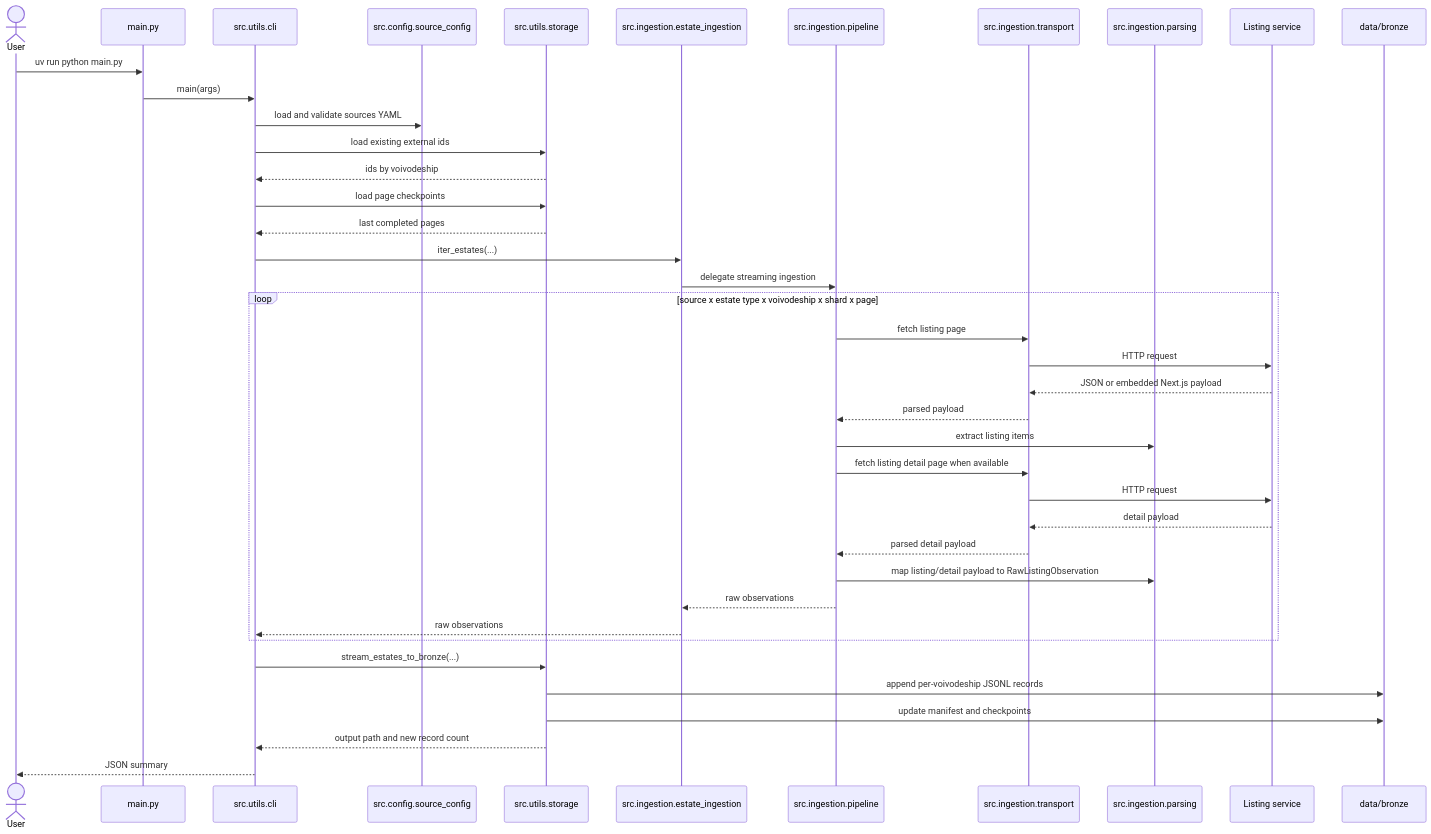
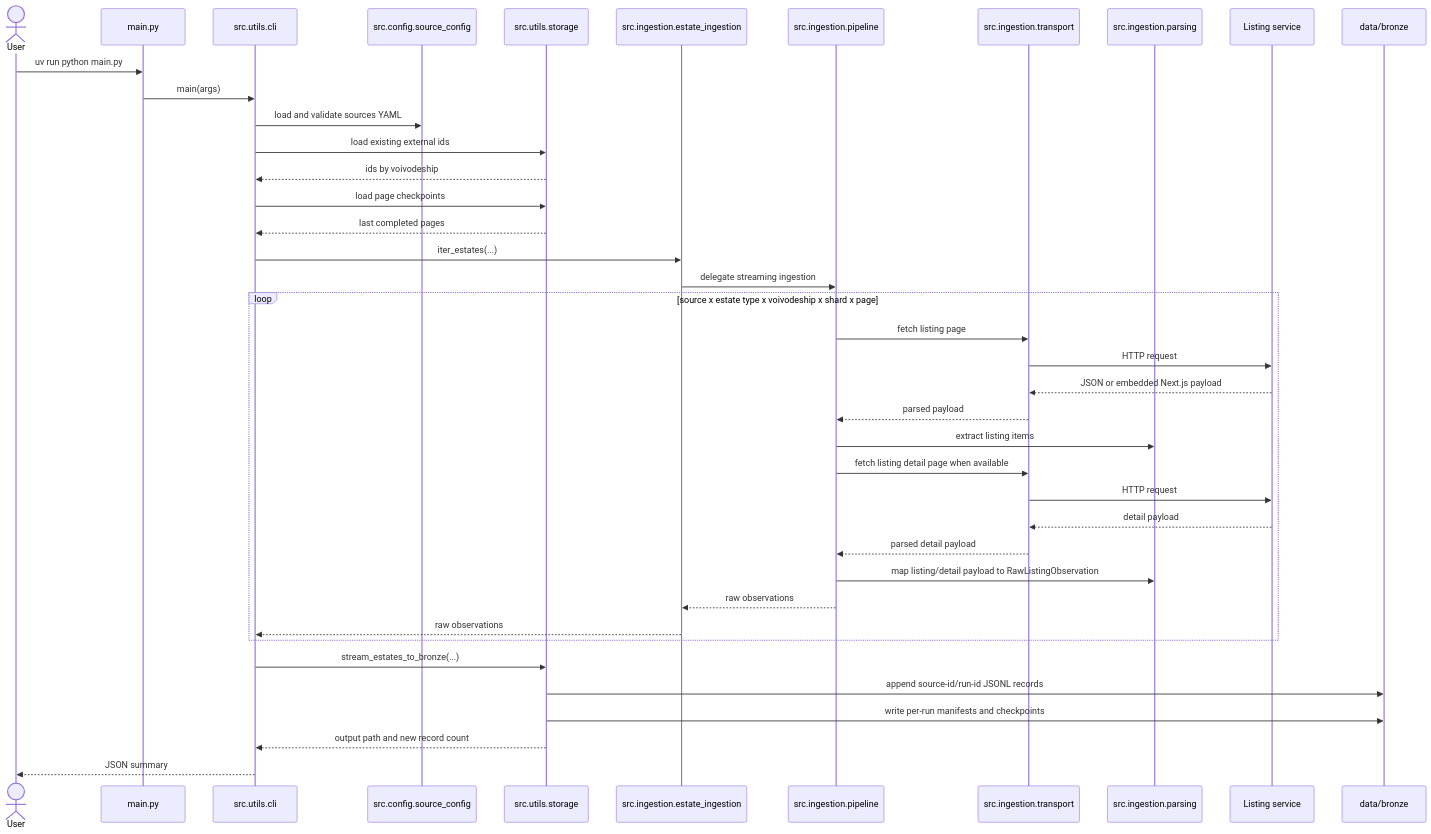
The diagram in docs/ingestion-sequence.md (bi3lu/polish-real-estate-price-aggregates), drawn with Mermaid before and after one commit. The commit also changed 26 other files, not shown here.

Commit message:
Remove old apporach with .env, delete old code, add per-source run storage, add base source adapters etc

````diff
--- a/docs/ingestion-sequence.md
+++ b/docs/ingestion-sequence.md
@@ -3,45 +3,45 @@
 ```mermaid
 sequenceDiagram
     actor User
     participant Main as main.py
     participant CLI as src.utils.cli
     participant Config as src.config.source_config
     participant Store as src.utils.storage
     participant Facade as src.ingestion.estate_ingestion
     participant Pipeline as src.ingestion.pipeline
     participant Transport as src.ingestion.transport
     participant Parsing as src.ingestion.parsing
     participant Source as Listing service
     participant Bronze as data/bronze
 
     User->>Main: uv run python main.py
     Main->>CLI: main(args)
     CLI->>Config: load and validate sources YAML
     CLI->>Store: load existing external ids
     Store-->>CLI: ids by voivodeship
     CLI->>Store: load page checkpoints
     Store-->>CLI: last completed pages
     CLI->>Facade: iter_estates(...)
     Facade->>Pipeline: delegate streaming ingestion
 
     loop source x estate type x voivodeship x shard x page
         Pipeline->>Transport: fetch listing page
         Transport->>Source: HTTP request
         Source-->>Transport: JSON or embedded Next.js payload
         Transport-->>Pipeline: parsed payload
         Pipeline->>Parsing: extract listing items
         Pipeline->>Transport: fetch listing detail page when available
         Transport->>Source: HTTP request
         Source-->>Transport: detail payload
         Transport-->>Pipeline: parsed detail payload
         Pipeline->>Parsing: map listing/detail payload to RawListingObservation
         Pipeline-->>Facade: raw observations
         Facade-->>CLI: raw observations
     end
 
     CLI->>Store: stream_estates_to_bronze(...)
-    Store->>Bronze: append per-voivodeship JSONL records
-    Store->>Bronze: update manifest and checkpoints
+    Store->>Bronze: append source-id/run-id JSONL records
+    Store->>Bronze: write per-run manifests and checkpoints
     Store-->>CLI: output path and new record count
     CLI-->>User: JSON summary
 ```
````
